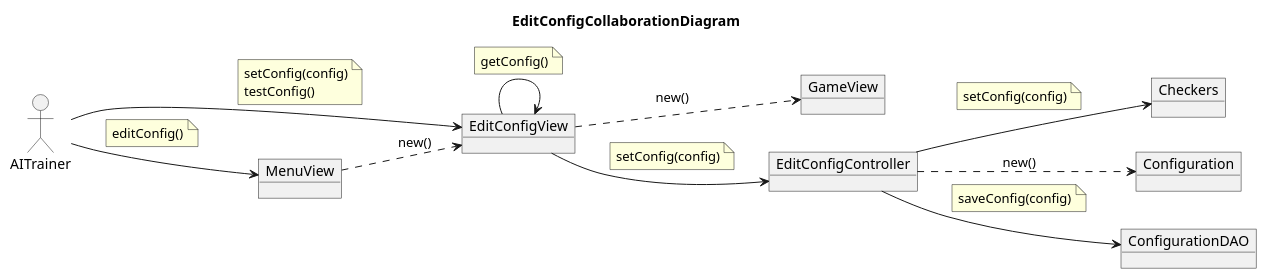
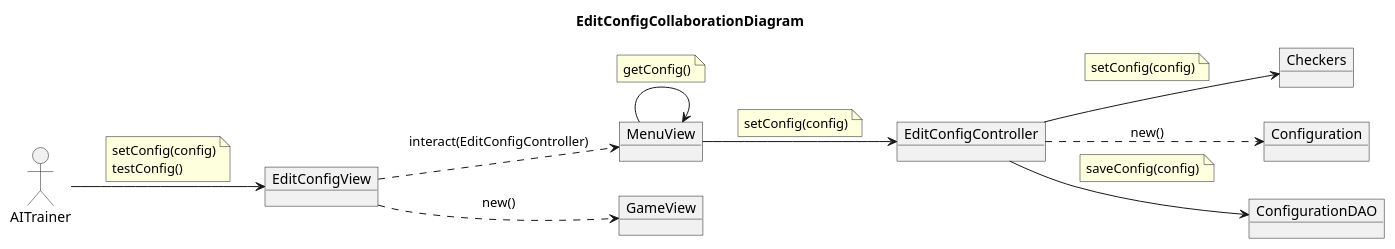
One commit to Master-Desarrollo-20-21/patrones-diseno---practica-final---juego-de-las-damas-fraylopez changed the diagram in docs/src/analysis/use-cases/editconfig-colab.plantuml. Above: the diagram before and after it, drawn with PlantUML. The commit also changed 19 other files, not shown here.

```diff
--- a/docs/src/analysis/use-cases/editconfig-colab.plantuml
+++ b/docs/src/analysis/use-cases/editconfig-colab.plantuml
@@ -1,49 +1,48 @@
 @startuml EditConfigCollaborationDiagram
 title EditConfigCollaborationDiagram
 allow_mixing
 left to right direction
 
 actor AITrainer
 
 object Checkers
 object EditConfigView
 object MenuView
 object GameView
 object EditConfigController
 object Configuration
 object ConfigurationDAO
 
-AITrainer --> MenuView
+AITrainer --> EditConfigView
 note on link
     editConfig()
 end note
-AITrainer --> EditConfigView
 note on link
     setConfig(config)
     testConfig()
 end note
-MenuView ..> EditConfigView : new()
+EditConfigView ..> MenuView : interact(EditConfigController)
 
-EditConfigView --> EditConfigView
+MenuView --> MenuView
 note on link
     getConfig()
 end note
 
-EditConfigView --> EditConfigController
+MenuView --> EditConfigController
 note on link
     setConfig(config)
 end note
 
 EditConfigController --> ConfigurationDAO
 note on link
     saveConfig(config)
 end note
 EditConfigView .down.> GameView : new()
 
 EditConfigController ..> Configuration : new()
 
 EditConfigController --> Checkers
 note on link
     setConfig(config)
 end note
 @enduml
```
